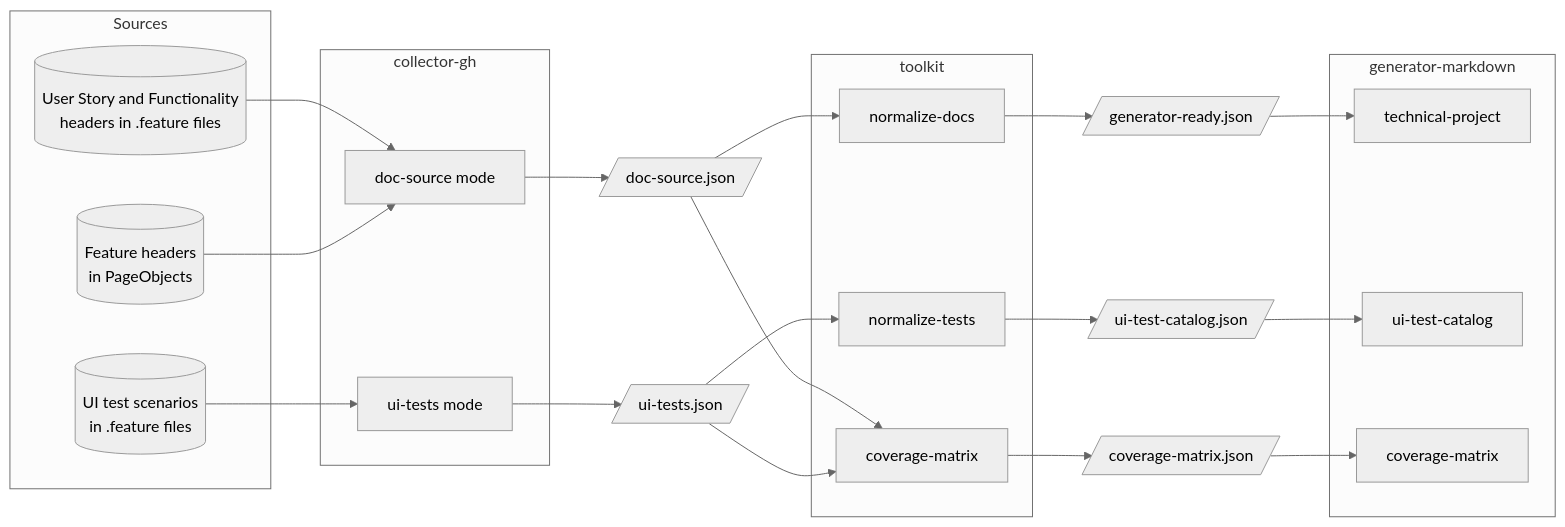
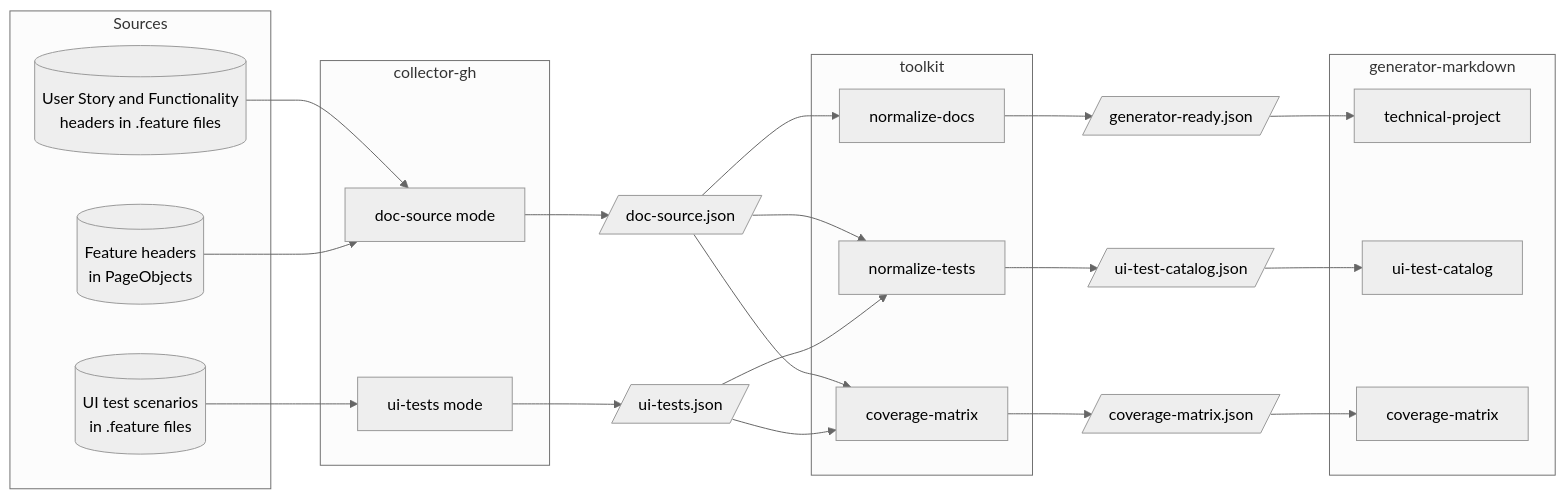
One commit to AbsaOSS/living-doc changed the diagram in docs/reference/data-flows.md. Above: the diagram before and after it, drawn with Mermaid (neutral theme). The commit also changed other lines of this file and 35 other files, not shown here.

````diff
--- a/docs/reference/data-flows.md
+++ b/docs/reference/data-flows.md
@@ -27,35 +27,36 @@
 ```mermaid
 flowchart LR
     subgraph Sources
         H[(User Story and Functionality<br/>headers in .feature files)]
         P[(Feature headers<br/>in PageObjects)]
         S[(UI test scenarios<br/>in .feature files)]
     end
 
     subgraph CGH [collector-gh]
         DS[doc-source mode]
         UT[ui-tests mode]
     end
 
     subgraph TK [toolkit]
         ND[normalize-docs]
         NT[normalize-tests]
         CM[coverage-matrix]
     end
 
     subgraph GM [generator-markdown]
         TP[technical-project]
         TC[ui-test-catalog]
         CV[coverage-matrix]
     end
 
     H --> DS
     P --> DS
     S --> UT
     DS --> DSJ[/doc-source.json/]
     UT --> UTJ[/ui-tests.json/]
     DSJ --> ND --> GRJ[/generator-ready.json/] --> TP
+    DSJ --> NT
     UTJ --> NT --> TCJ[/ui-test-catalog.json/] --> TC
     DSJ --> CM
     UTJ --> CM --> CMJ[/coverage-matrix.json/] --> CV
 ```
````
